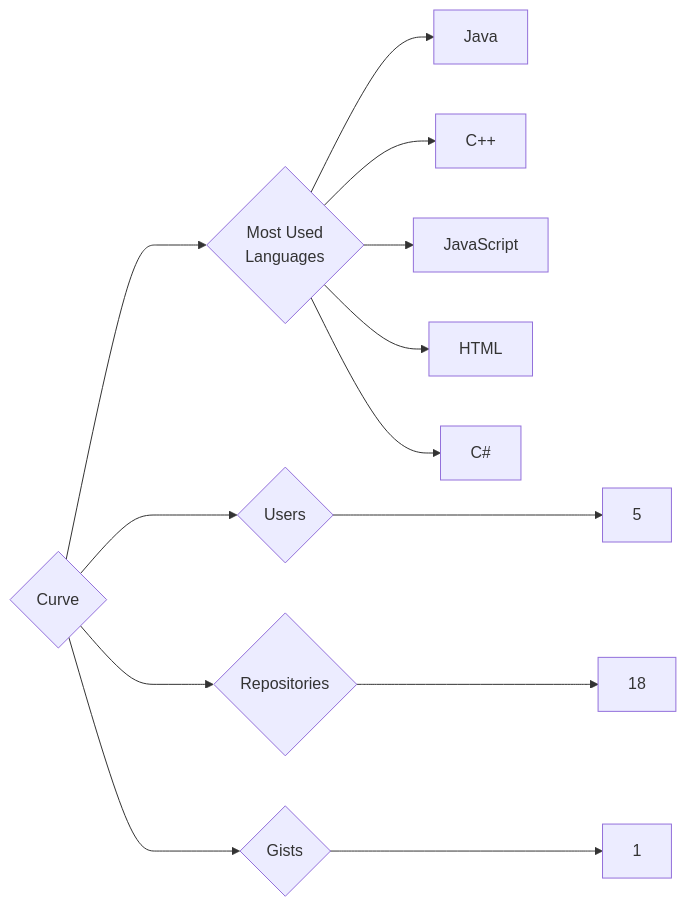
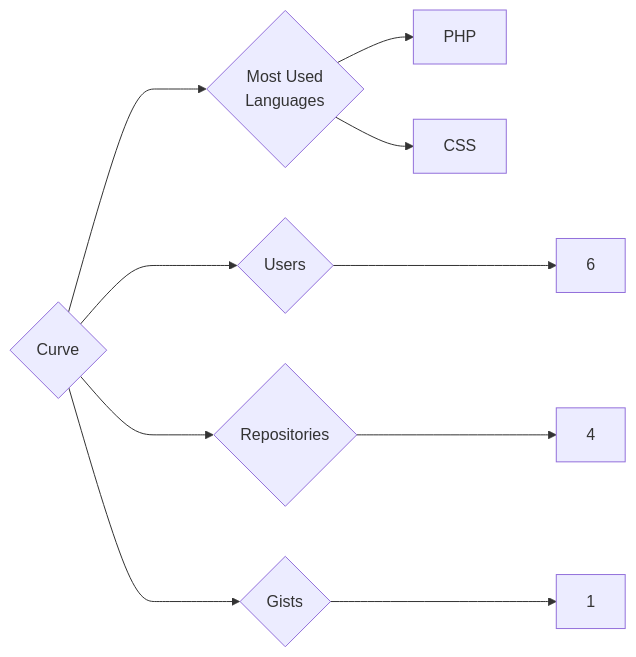
One commit to trickest/insiders changed the diagram in targets/Curve/README.md. Above: the diagram before and after it, drawn with Mermaid. The commit also changed 984 other files, not shown here.

````diff
--- a/targets/Curve/README.md
+++ b/targets/Curve/README.md
@@ -3,13 +3,10 @@
 ```mermaid
 graph LR
 COMPANY_NAME{Curve}
-COMPANY_NAME ---> U{Users} ---> UN[5]
-COMPANY_NAME ---> R{Repositories} ---> RN[18]
+COMPANY_NAME ---> U{Users} ---> UN[6]
+COMPANY_NAME ---> R{Repositories} ---> RN[4]
 COMPANY_NAME ---> G{Gists} ---> GN[1]
 COMPANY_NAME ---> ML{Most Used<br>Languages}
-ML --> Java[Java]
-ML --> C++[C++]
-ML --> JavaScript[JavaScript]
-ML --> HTML[HTML]
-ML --> C#[C#]
+ML --> PHP[PHP]
+ML --> CSS[CSS]
 ```
````
